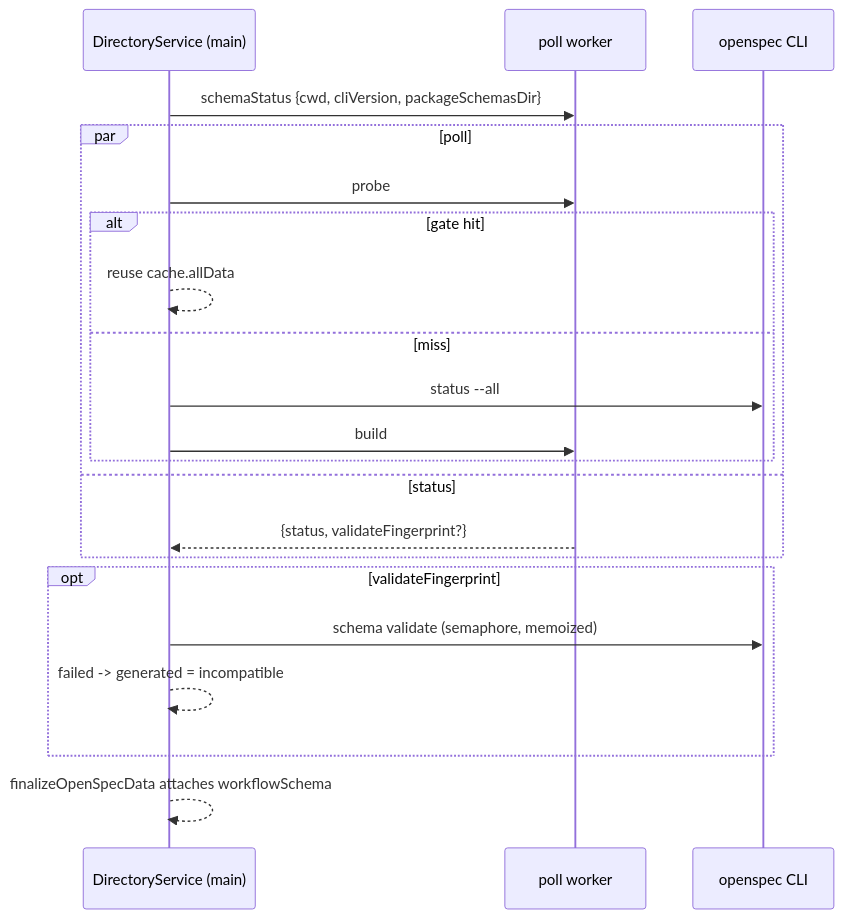
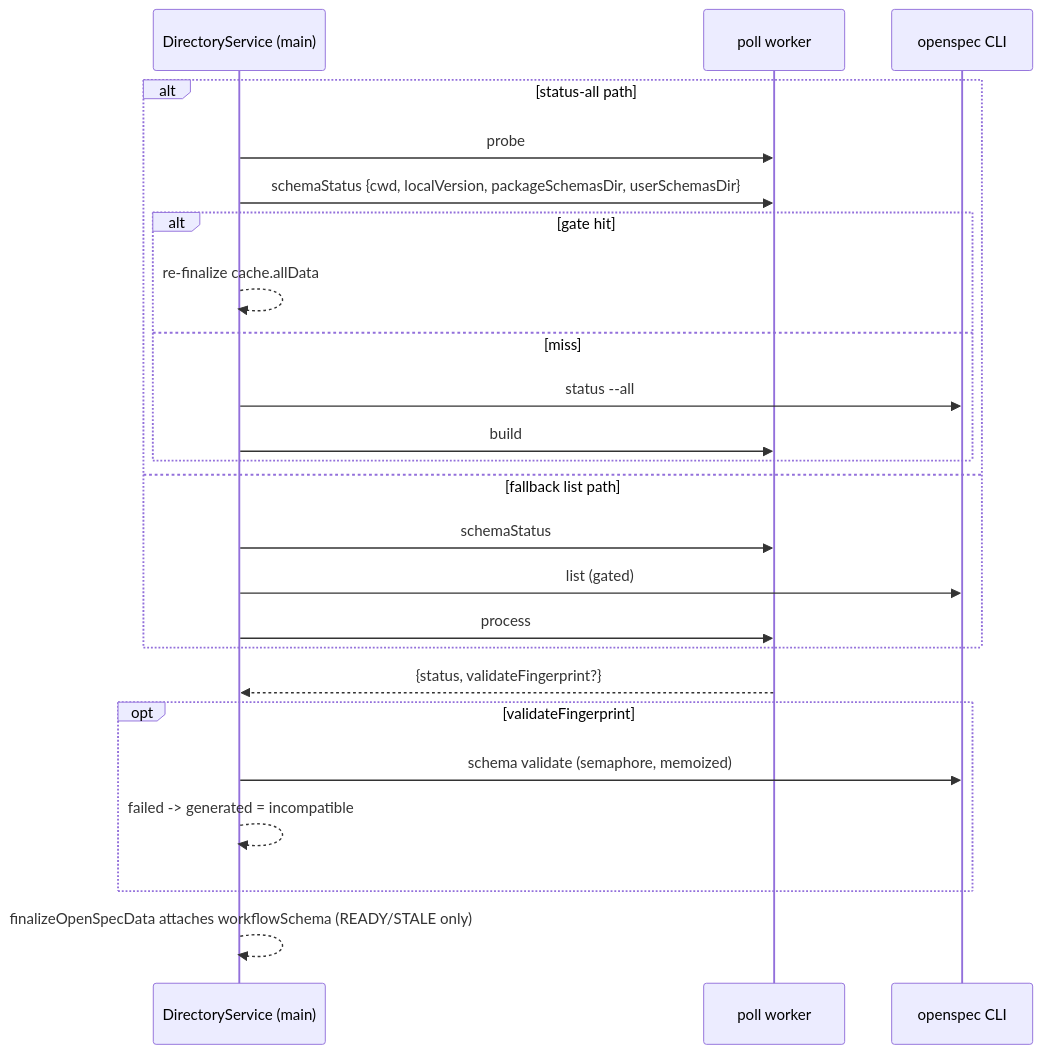
One commit to BlackBeltTechnology/pi-agent-dashboard changed the diagram in openspec/changes/move-workflow-schema-status-to-poll-worker/design.md. Above: the diagram before and after it, drawn with Mermaid. The commit also changed other lines of this file and 7 other files, not shown here.

First line of the commit message:
plan(move-workflow-schema-status-to-poll-worker): doubt cycles 3-4 reconciliation

````diff
--- a/openspec/changes/move-workflow-schema-status-to-poll-worker/design.md
+++ b/openspec/changes/move-workflow-schema-status-to-poll-worker/design.md
@@ -24,23 +28,26 @@
 ```mermaid
 sequenceDiagram
   participant M as DirectoryService (main)
   participant W as poll worker
   participant C as openspec CLI
-  M->>W: schemaStatus {cwd, cliVersion, packageSchemasDir}
-  par poll
+  alt status-all path
     M->>W: probe
+    M->>W: schemaStatus {cwd, localVersion, packageSchemasDir, userSchemasDir}
     alt gate hit
-      M-->>M: reuse cache.allData
+      M-->>M: re-finalize cache.allData
     else miss
       M->>C: status --all
       M->>W: build
     end
-  and status
-    W-->>M: {status, validateFingerprint?}
+  else fallback list path
+    M->>W: schemaStatus
+    M->>C: list (gated)
+    M->>W: process
   end
+  W-->>M: {status, validateFingerprint?}
   opt validateFingerprint
     M->>C: schema validate (semaphore, memoized)
     M-->>M: failed -> generated = incompatible
   end
-  M-->>M: finalizeOpenSpecData attaches workflowSchema
+  M-->>M: finalizeOpenSpecData attaches workflowSchema (READY/STALE only)
 ```
````
